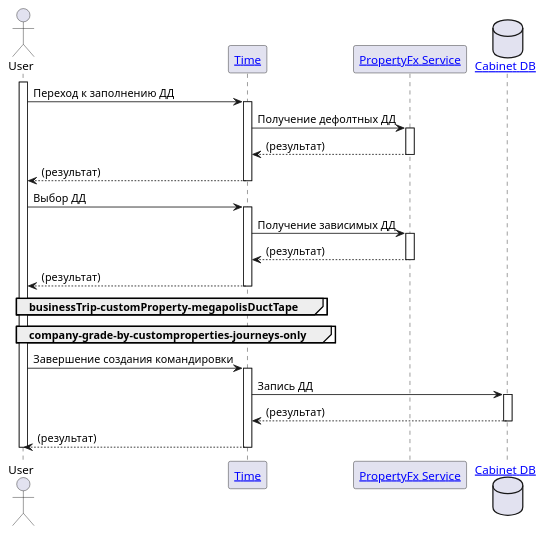
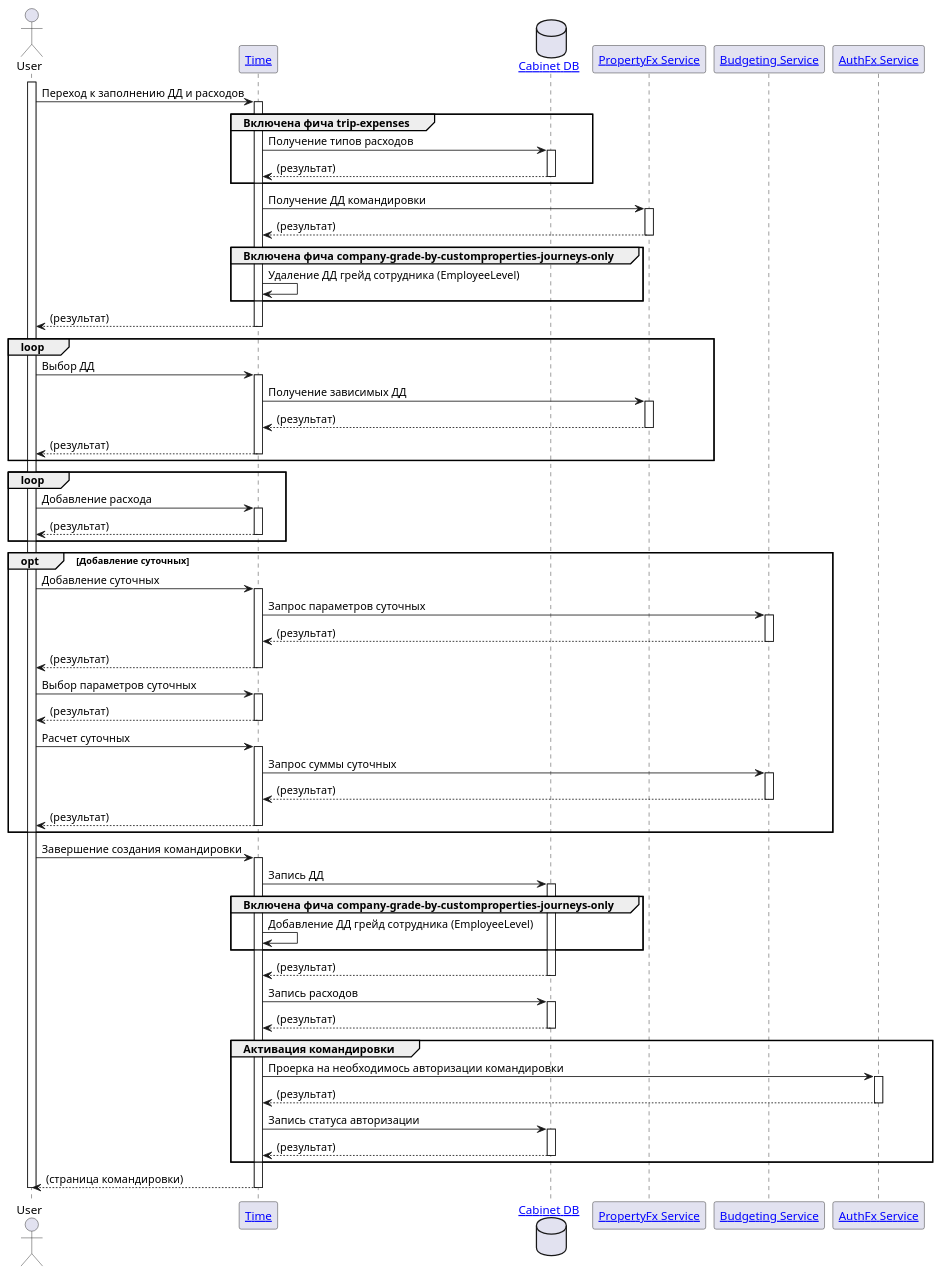
One commit to aleksandr-bit1/test changed the diagram in workspace/arch/puml/time/businesstrip/creation/custom_property.puml. Above: the diagram before and after it, drawn with PlantUML. The commit also changed 7 other files, not shown here.

```diff
--- a/workspace/arch/puml/time/businesstrip/creation/custom_property.puml
+++ b/workspace/arch/puml/time/businesstrip/creation/custom_property.puml
@@ -1,32 +1,67 @@
 @startuml
 'https://plantuml.com/sequence-diagram
 
 
 actor User
 participant "[[/architect/components/applications.time Time]]" as Time
+database "[[/architect/components/db.cabinet Cabinet DB]]" as Cabinet
 participant "[[/architect/components/services.propertyfx PropertyFx Service]]" as PropertyFx
-database "[[/architect/components/db.cabinet Cabinet DB]]" as Cabinet
+participant "[[/architect/components/services.budgeting Budgeting Service]]" as Budgeting
+participant "[[/architect/components/services.authfx AuthFx Service]]" as AuthFx
+
 
 activate User
 
-User -> Time ++ : Переход к заполнению ДД
-    Time -> PropertyFx ++ : Получение дефолтных ДД
+User -> Time ++ : Переход к заполнению ДД и расходов
+group Включена фича trip-expenses
+    Time -> Cabinet ++ : Получение типов расходов
     return (результат)
+end
+Time -> PropertyFx ++ : Получение ДД командировки
 return (результат)
+group Включена фича company-grade-by-customproperties-journeys-only
+    Time -> Time : Удаление ДД грейд сотрудника (EmployeeLevel)
+end
+return (результат)
+loop
 User -> Time ++ : Выбор ДД
-    Time -> PropertyFx ++ : Получение зависимых ДД
+Time -> PropertyFx ++ : Получение зависимых ДД
+return (результат)
+return (результат)
+end
+loop
+    User -> Time ++ : Добавление расхода
     return (результат)
-return (результат)
+end
 
-group businessTrip-customProperty-megapolisDuctTape
-end
-group company-grade-by-customproperties-journeys-only
+opt Добавление суточных
+    User -> Time ++ : Добавление суточных
+    Time -> Budgeting ++ : Запрос параметров суточных
+    return (результат)
+    return (результат)
+    User -> Time ++ : Выбор параметров суточных
+    return (результат)
+    User -> Time ++ : Расчет суточных
+    Time -> Budgeting ++ : Запрос суммы суточных
+    return (результат)
+    return (результат)
 end
 
 User -> Time ++ : Завершение создания командировки
-    Time -> Cabinet ++ : Запись ДД
-    return (результат)
+Time -> Cabinet ++ : Запись ДД
+group Включена фича company-grade-by-customproperties-journeys-only
+    Time -> Time : Добавление ДД грейд сотрудника (EmployeeLevel)
+end
 return (результат)
+Time -> Cabinet ++ : Запись расходов
+return (результат)
+group Активация командировки
+Time -> AuthFx ++ : Проерка на необходимось авторизации командировки
+return (результат)
+Time -> Cabinet ++ : Запись статуса авторизации
+return (результат)
+end
+return (страница командировки)
 
 deactivate User
 @enduml
```
